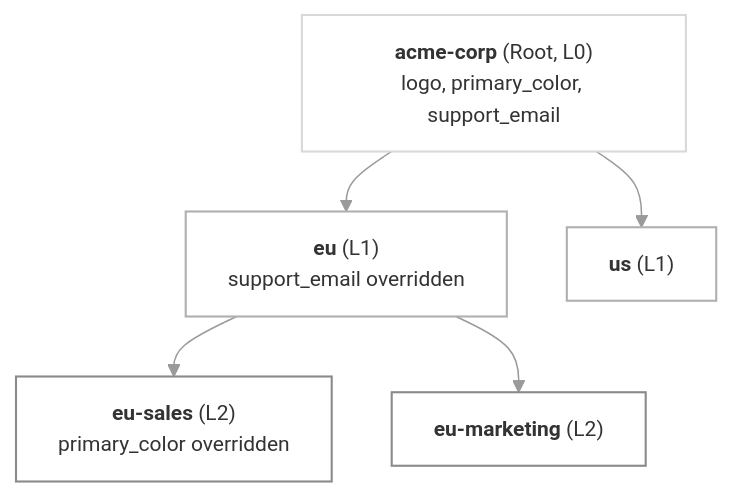
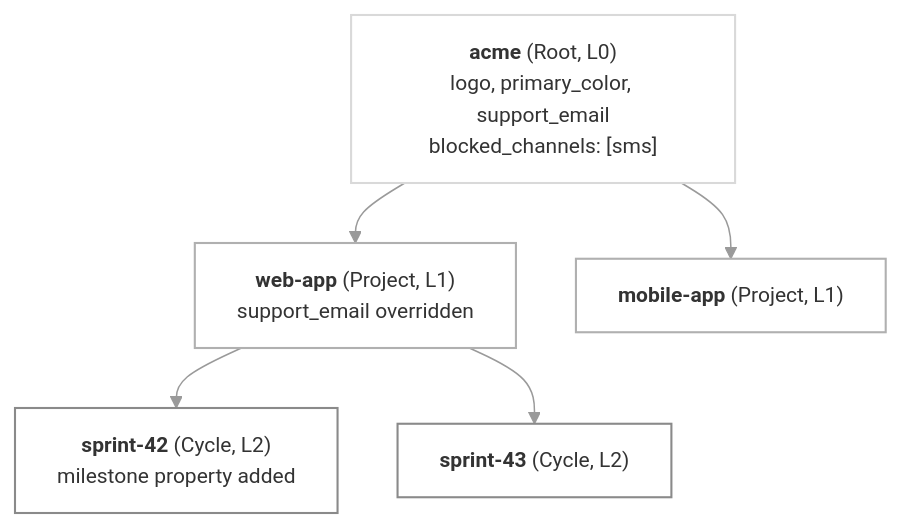
The diagram in docs/sub-tenants.mdx (suprsend/documentation), drawn with Mermaid before and after one commit. The commit also changed other lines of this file and 6 other files, not shown here.

````diff
--- a/docs/sub-tenants.mdx
+++ b/docs/sub-tenants.mdx
@@ -22,16 +296,16 @@
 ```mermaid
 %%{init: {'theme':'base','themeVariables':{'fontSize':'14px','fontFamily':'ui-sans-serif, system-ui, sans-serif','lineColor':'#9a9a9a'},'flowchart':{'padding':14,'nodeSpacing':40,'rankSpacing':40}}}%%
 flowchart TD
-    R["<b>acme-corp</b> (Root, L0)<br/>logo, primary_color, support_email"]
-    R --> E["<b>eu</b> (L1)<br/>support_email overridden"]
-    R --> US["<b>us</b> (L1)"]
-    E --> S["<b>eu-sales</b> (L2)<br/>primary_color overridden"]
-    E --> M["<b>eu-marketing</b> (L2)"]
+    R["<b>acme</b> (Root, L0)<br/>logo, primary_color, support_email<br/>blocked_channels: [sms]"]
+    R --> P1["<b>web-app</b> (Project, L1)<br/>support_email overridden"]
+    R --> P2["<b>mobile-app</b> (Project, L1)"]
+    P1 --> C1["<b>sprint-42</b> (Cycle, L2)<br/>milestone property added"]
+    P1 --> C2["<b>sprint-43</b> (Cycle, L2)"]
 
     classDef s1 fill:transparent,stroke:#d9d9d9,stroke-width:1.4px;
     classDef s2 fill:transparent,stroke:#b0b0b0,stroke-width:1.4px;
     classDef s3 fill:transparent,stroke:#8a8a8a,stroke-width:1.4px;
     class R s1;
-    class E,US s2;
-    class S,M s3;
+    class P1,P2 s2;
+    class C1,C2 s3;
 ```
````
